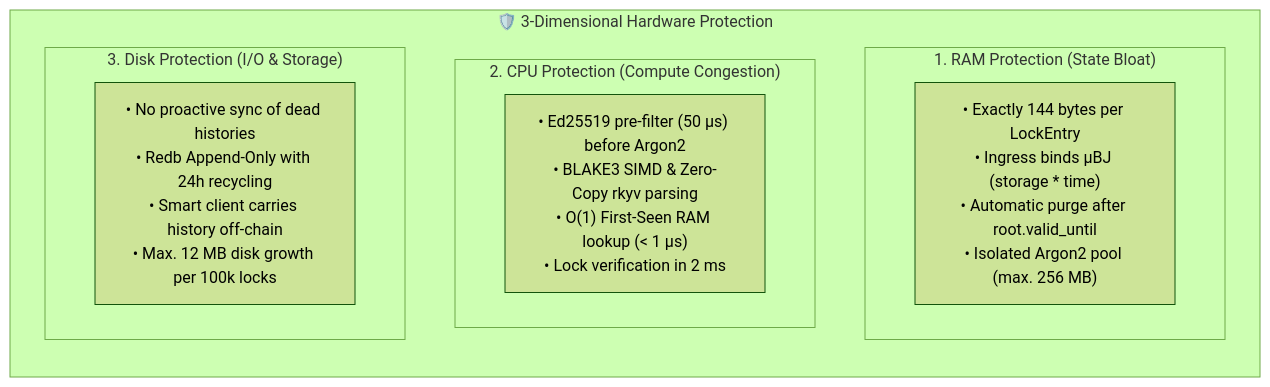
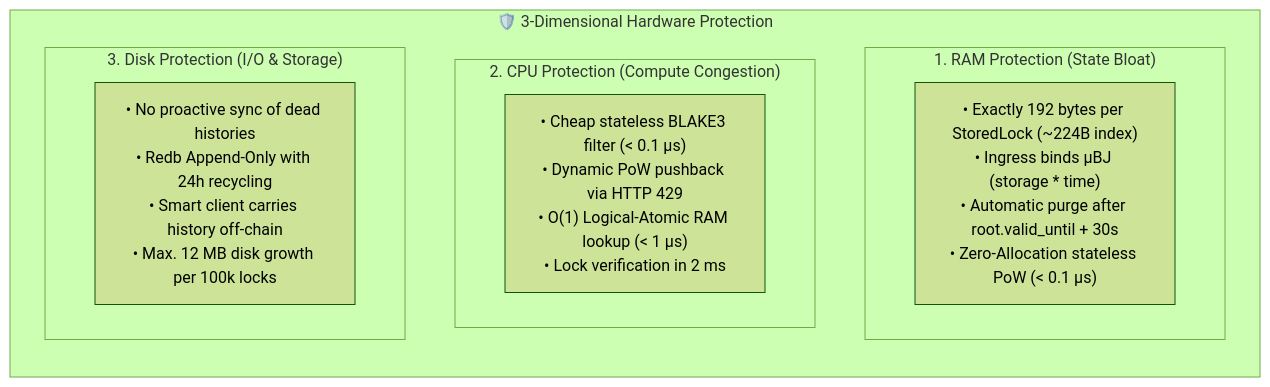
One commit to minutogit/human-money-node changed the third of 5 diagrams in docs/05_spieltheorie_und_angriffsmatrix.md. Above: the diagram before and after it, drawn with Mermaid (forest theme). The commit also changed other lines of this file and 16 other files, not shown here.

````diff
--- a/docs/05_spieltheorie_und_angriffsmatrix.md
+++ b/docs/05_spieltheorie_und_angriffsmatrix.md
@@ -72,15 +72,15 @@
 ```mermaid
 flowchart LR
     subgraph HardwareSchutz["🛡️ 3-Dimensional Hardware Protection"]
         direction TB
         subgraph RAM["1. RAM Protection (State Bloat)"]
-            R1["• Exactly 144 bytes per LockEntry<br>• Ingress binds µBJ (storage * time)<br>• Automatic purge after root.valid_until<br>• Isolated Argon2 pool (max. 256 MB)"]
+            R1["• Exactly 192 bytes per StoredLock (~224B index)<br>• Ingress binds µBJ (storage * time)<br>• Automatic purge after root.valid_until + 30s<br>• Zero-Allocation stateless PoW (< 0.1 µs)"]
         end
         subgraph CPU["2. CPU Protection (Compute Congestion)"]
-            C1["• Ed25519 pre-filter (50 µs) before Argon2<br>• BLAKE3 SIMD & Zero-Copy rkyv parsing<br>• O(1) First-Seen RAM lookup (< 1 µs)<br>• Lock verification in 2 ms"]
+            C1["• Cheap stateless BLAKE3 filter (< 0.1 µs)<br>• Dynamic PoW pushback via HTTP 429<br>• O(1) Logical-Atomic RAM lookup (< 1 µs)<br>• Lock verification in 2 ms"]
         end
         subgraph Disk["3. Disk Protection (I/O & Storage)"]
             D1["• No proactive sync of dead histories<br>• Redb Append-Only with 24h recycling<br>• Smart client carries history off-chain<br>• Max. 12 MB disk growth per 100k locks"]
         end
     end
 ```
````
